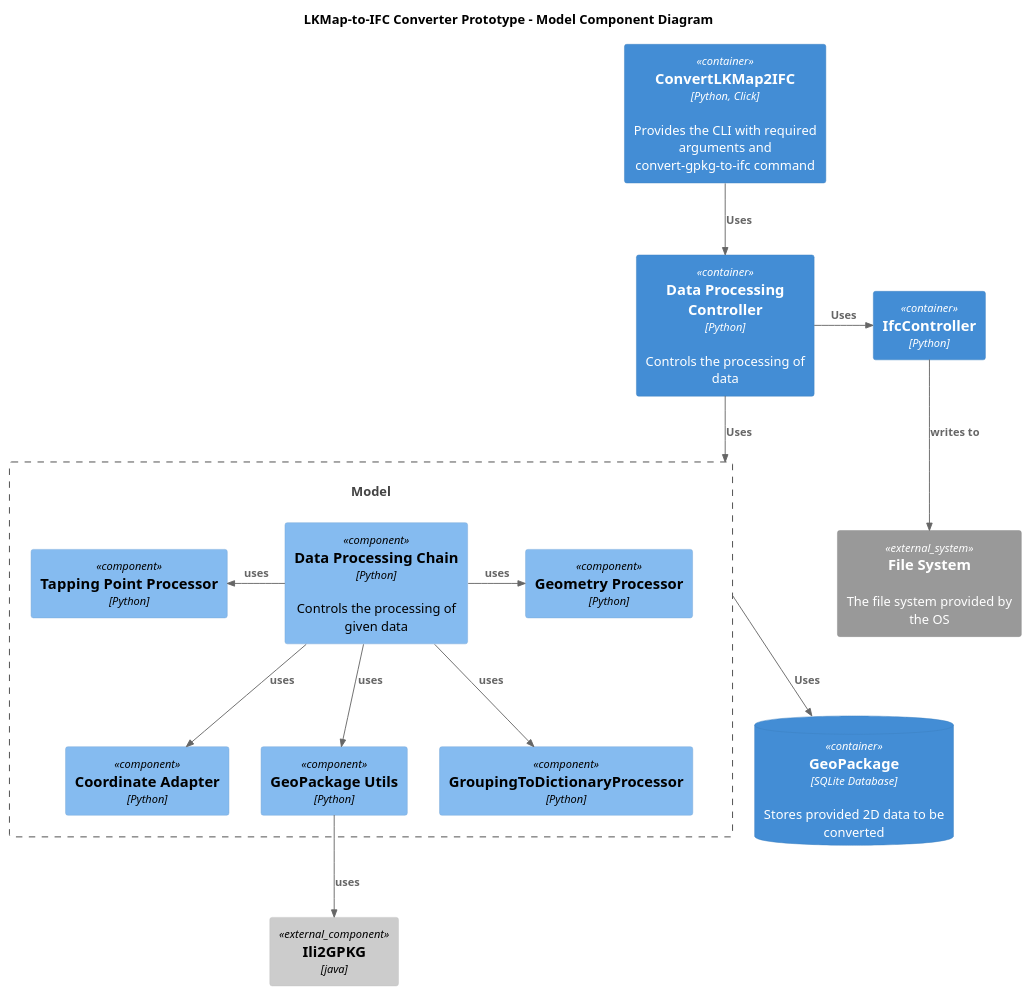
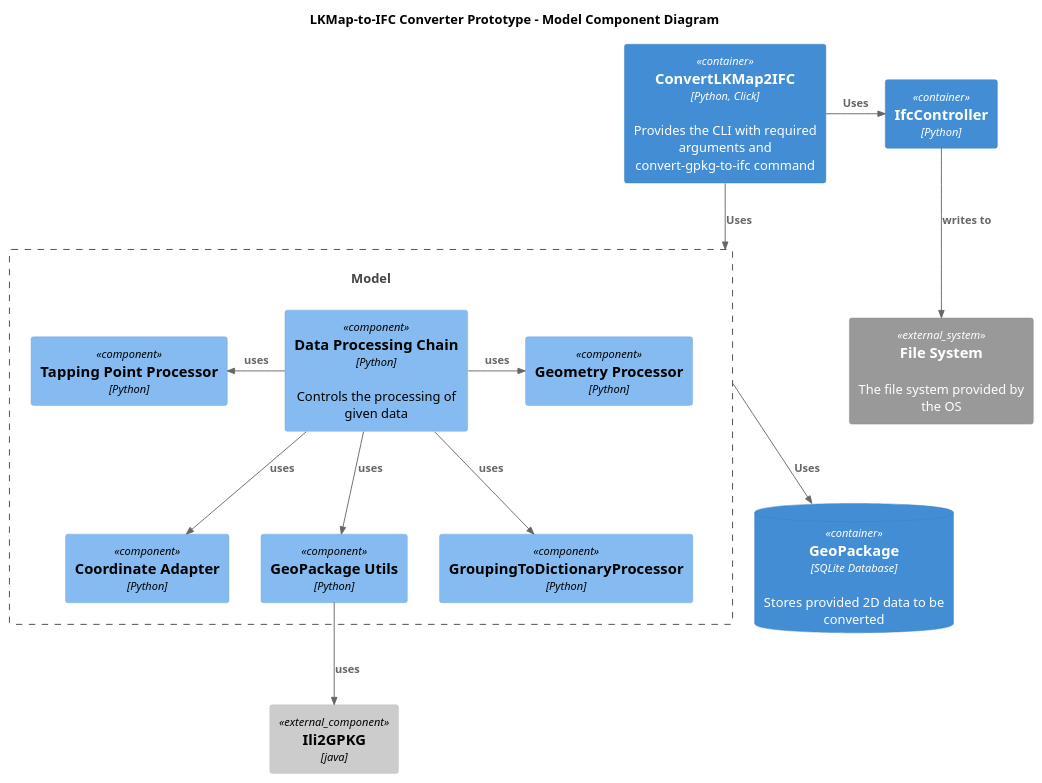
The diagram in resources/ModelComponentDiagram.puml (jmaier241117/LKMap2025_to_IFC_cli), drawn with PlantUML before and after one commit. The commit also changed 2 other files, not shown here.

Commit message:
updated c4 diagrams

```diff
--- a/resources/ModelComponentDiagram.puml
+++ b/resources/ModelComponentDiagram.puml
@@ -1,35 +1,35 @@
 @startuml
 !include C4_Component.puml
 
 title LKMap-to-IFC Converter Prototype - Model Component Diagram
 
 Container(cli, "ConvertLKMap2IFC", "Python, Click", "Provides the CLI with required arguments and convert-gpkg-to-ifc command")
-Container(controller, "Data Processing Controller", "Python", "Controls the processing of data")
+
 Container(ifcController, "IfcController", "Python", "")
 ContainerDb(geoPackage, "GeoPackage", "SQLite Database", "Stores provided 2D data to be converted")
 Component_Ext(ili2gpkg, "Ili2GPKG", "java", "")
-Rel(cli, controller, "Uses")
-Rel(controller, Model, "Uses")
-Rel_R(controller, ifcController, "Uses")
+
+Rel(cli, Model, "Uses")
+Rel_R(cli, ifcController, "Uses")
 Container_Boundary(Model, "MODEL") {
     Component(dataProcessingChain, "Data Processing Chain", "Python", "Controls the processing of given data")
     Component(coordinateAdapter, "Coordinate Adapter", "Python", "")
     Component(geometryProcessor, "Geometry Processor", "Python", "")
     Component(geoPackageUtils, "GeoPackage Utils", "Python", "")
     Component(tapPointProcessor, "Tapping Point Processor", "Python", "")
     Component(toDictionaryProcessor, "GroupingToDictionaryProcessor", "Python", "")
     Rel_R(dataProcessingChain, geometryProcessor, "uses")
     Rel_L(dataProcessingChain, tapPointProcessor, "uses")
     Rel(dataProcessingChain, geoPackageUtils, "uses")
     Rel(dataProcessingChain, coordinateAdapter, "uses")
     Rel(dataProcessingChain, toDictionaryProcessor, "uses")
 }
 Rel(geoPackageUtils, ili2gpkg, "uses")
 System_Ext(filesystem, "File System", "The file system provided by the OS")
 ContainerDb(geoPackage, "GeoPackage", "SQLite Database", "Stores provided 2D data to be converted")
 
 Rel_D(Model, geoPackage, "Uses")
 Rel(ifcController, filesystem, "writes to")
 
 
 @enduml
```
